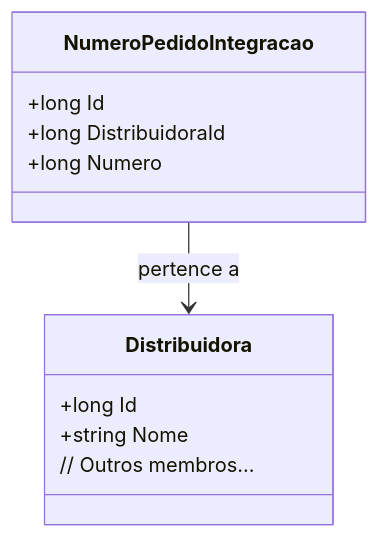
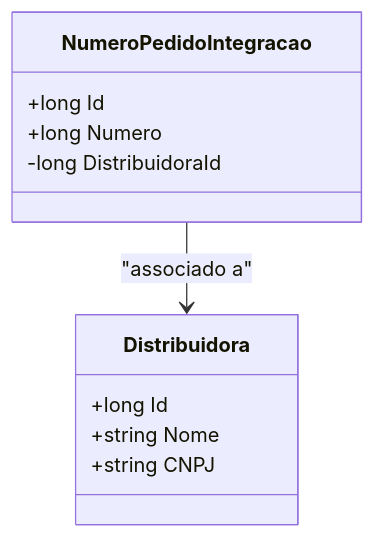
One commit to IsthmusSistemas/documentacao-tecnica changed the diagram in docs/b2b-dominio/IsthmusWinthor.Nucleo/IsthmusWinthor.Dominio/Entidades/NumeroPedidoIntegracao.md. Above: the diagram before and after it, drawn with Mermaid. The commit also changed other lines of this file and 882 other files, not shown here.

````diff
--- a/docs/b2b-dominio/IsthmusWinthor.Nucleo/IsthmusWinthor.Dominio/Entidades/NumeroPedidoIntegracao.md
+++ b/docs/b2b-dominio/IsthmusWinthor.Nucleo/IsthmusWinthor.Dominio/Entidades/NumeroPedidoIntegracao.md
@@ -21,16 +21,14 @@
 ```mermaid
 classDiagram
     class NumeroPedidoIntegracao {
         +long Id
-        +long DistribuidoraId
         +long Numero
+        -long DistribuidoraId
     }
-
     class Distribuidora {
         +long Id
         +string Nome
-        // Outros membros...
+        +string CNPJ
     }
-
-    NumeroPedidoIntegracao --> Distribuidora : pertence a
-``` 
+    NumeroPedidoIntegracao --> Distribuidora : "associado a"
+```
````
